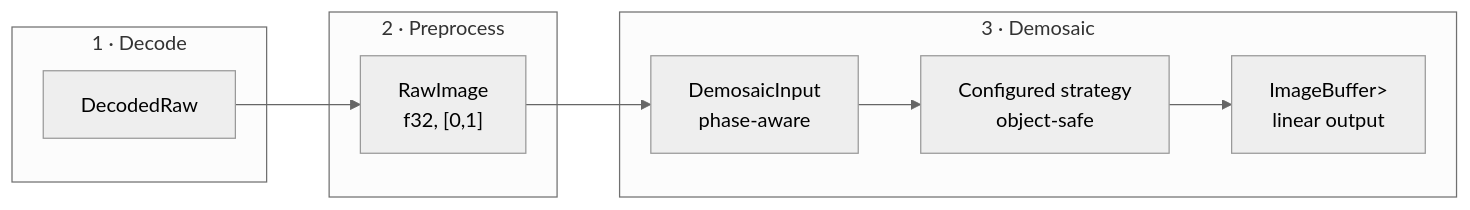
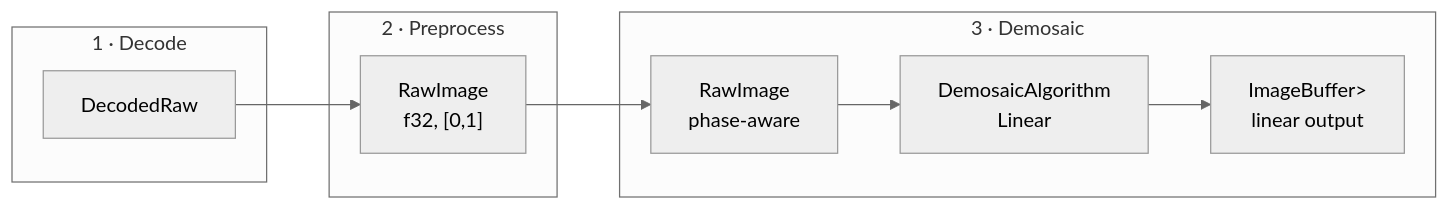
The diagram in docs/raw-pipeline/demosaicing.md (Glatzel/fornax), drawn with Mermaid (neutral theme) before and after one commit. The commit also changed other lines of this file and 27 other files, not shown here.

````diff
--- a/docs/raw-pipeline/demosaicing.md
+++ b/docs/raw-pipeline/demosaicing.md
@@ -6,18 +6,18 @@
 ```mermaid
 flowchart LR
     subgraph DecodePhase["1 · Decode"]
         Decoded["DecodedRaw"]
     end
     subgraph PreprocessPhase["2 · Preprocess"]
         Ready["RawImage\nf32, [0,1]"]
     end
     subgraph DemosaicPhase["3 · Demosaic"]
-        Input["DemosaicInput\nphase-aware"]
-        Strategy["Configured strategy\nobject-safe"]
+        Input["RawImage\nphase-aware"]
+        Strategy["DemosaicAlgorithm\nLinear"]
         Output["ImageBuffer<Rgb<f32>>\nlinear output"]
         Input --> Strategy
         Strategy --> Output
     end
     Decoded --> Ready
     Ready --> Input
 ```
````
